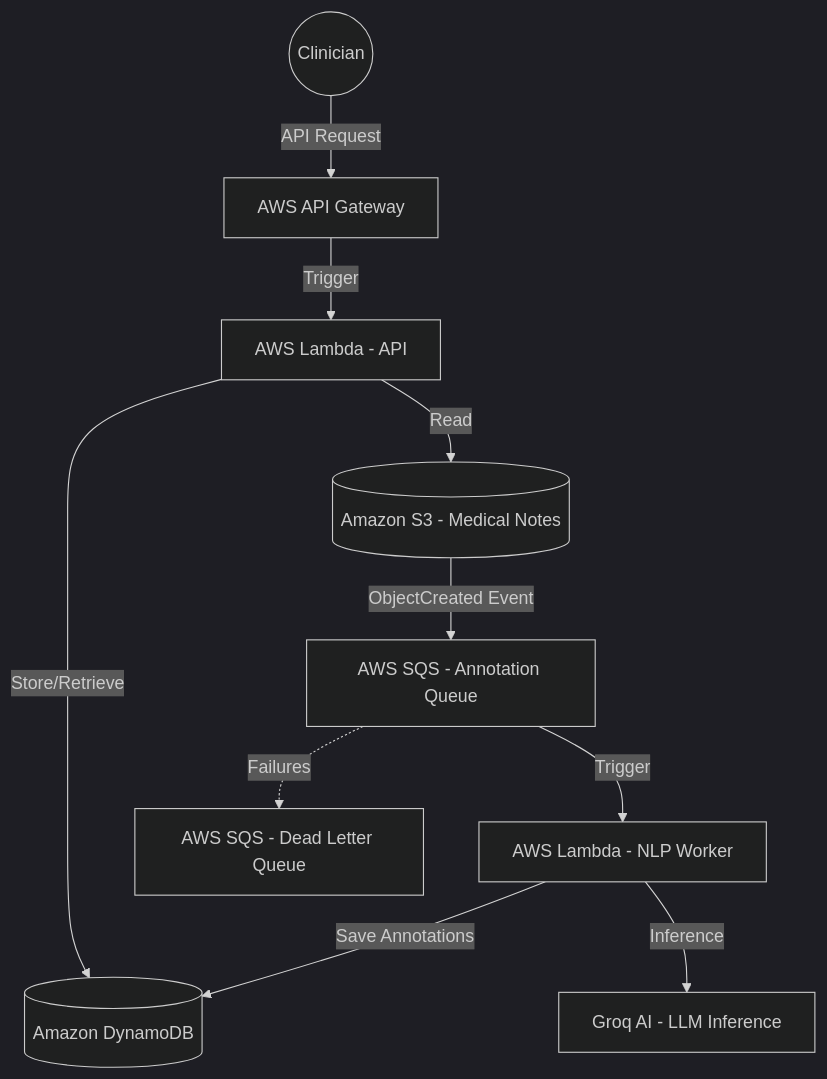
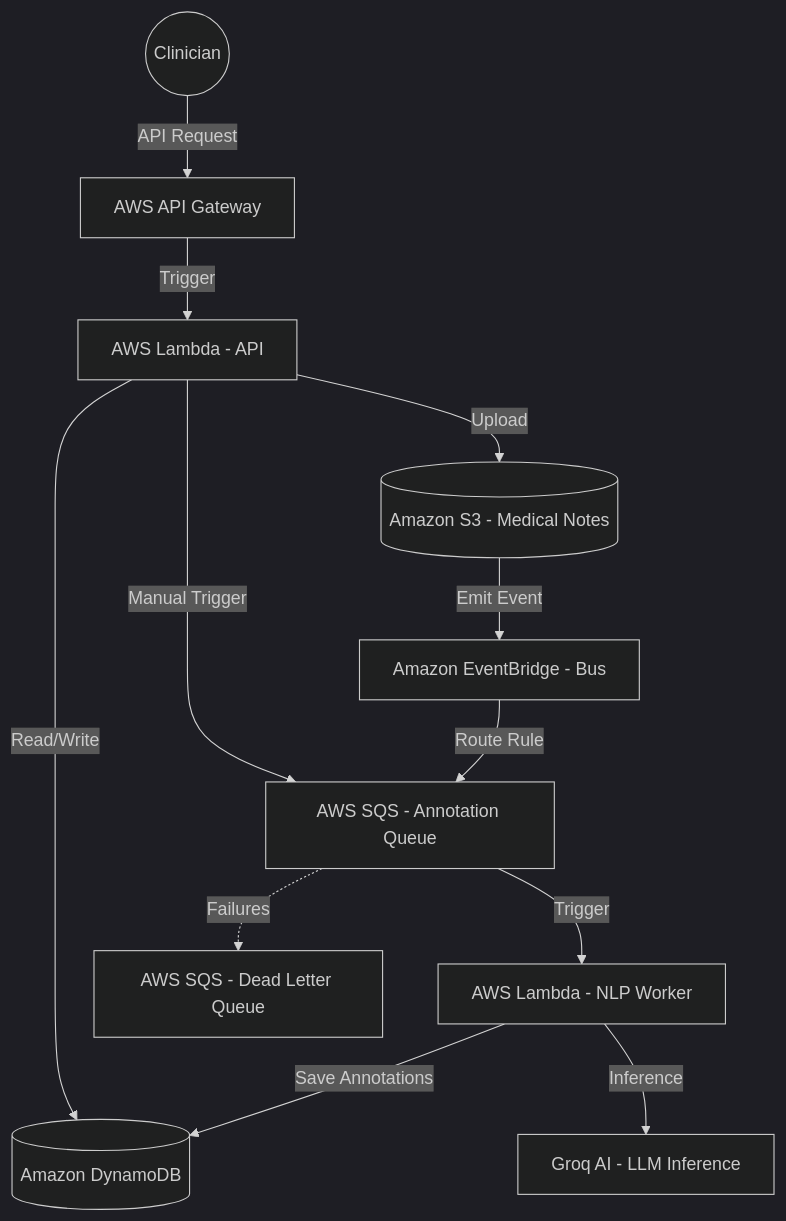
Before and after one commit to harsh-vardhhan/EHR-backend: the diagram in README.md, drawn with Mermaid (dark theme). The commit also changed 2 other files, not shown here.

Commit message:
feat: upgrade to EventBridge Bus and remove seed from CI/CD

````diff
--- a/README.md
+++ b/README.md
@@ -13,14 +13,16 @@
 ```mermaid
 graph TD
     User((Clinician)) -->|API Request| APIGateway[AWS API Gateway]
     APIGateway -->|Trigger| LambdaAPI[AWS Lambda - API]
-    LambdaAPI -->|Store/Retrieve| DynamoDB[(Amazon DynamoDB)]
-    LambdaAPI -->|Read| S3[(Amazon S3 - Medical Notes)]
+    LambdaAPI -->|Read/Write| DynamoDB[(Amazon DynamoDB)]
+    LambdaAPI -->|Upload| S3[(Amazon S3 - Medical Notes)]
+    LambdaAPI -->|Manual Trigger| SQS[AWS SQS - Annotation Queue]
 
-    S3 -->|ObjectCreated Event| SQS[AWS SQS - Annotation Queue]
+    S3 -->|Emit Event| EB[Amazon EventBridge - Bus]
+    EB -->|Route Rule| SQS[AWS SQS - Annotation Queue]
     SQS -->|Trigger| LambdaWorker[AWS Lambda - NLP Worker]
     SQS -.->|Failures| DLQ[AWS SQS - Dead Letter Queue]
     
     LambdaWorker -->|Inference| Groq[Groq AI - LLM Inference]
     LambdaWorker -->|Save Annotations| DynamoDB
 ```
````
